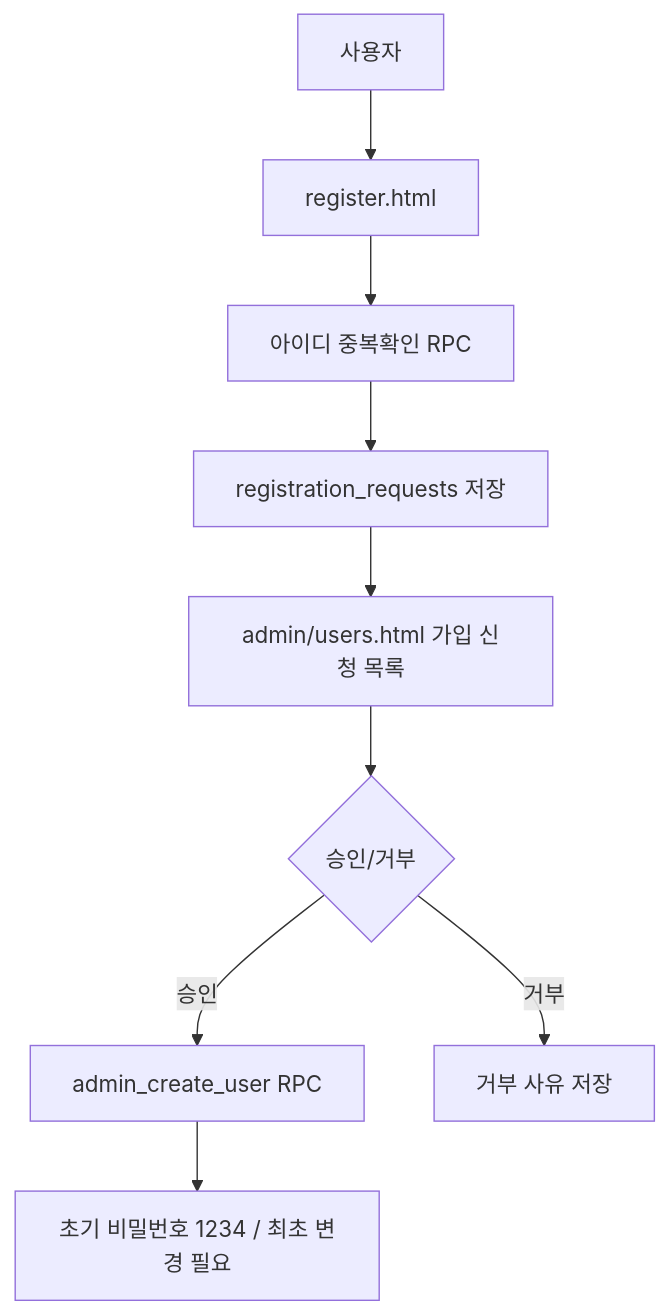
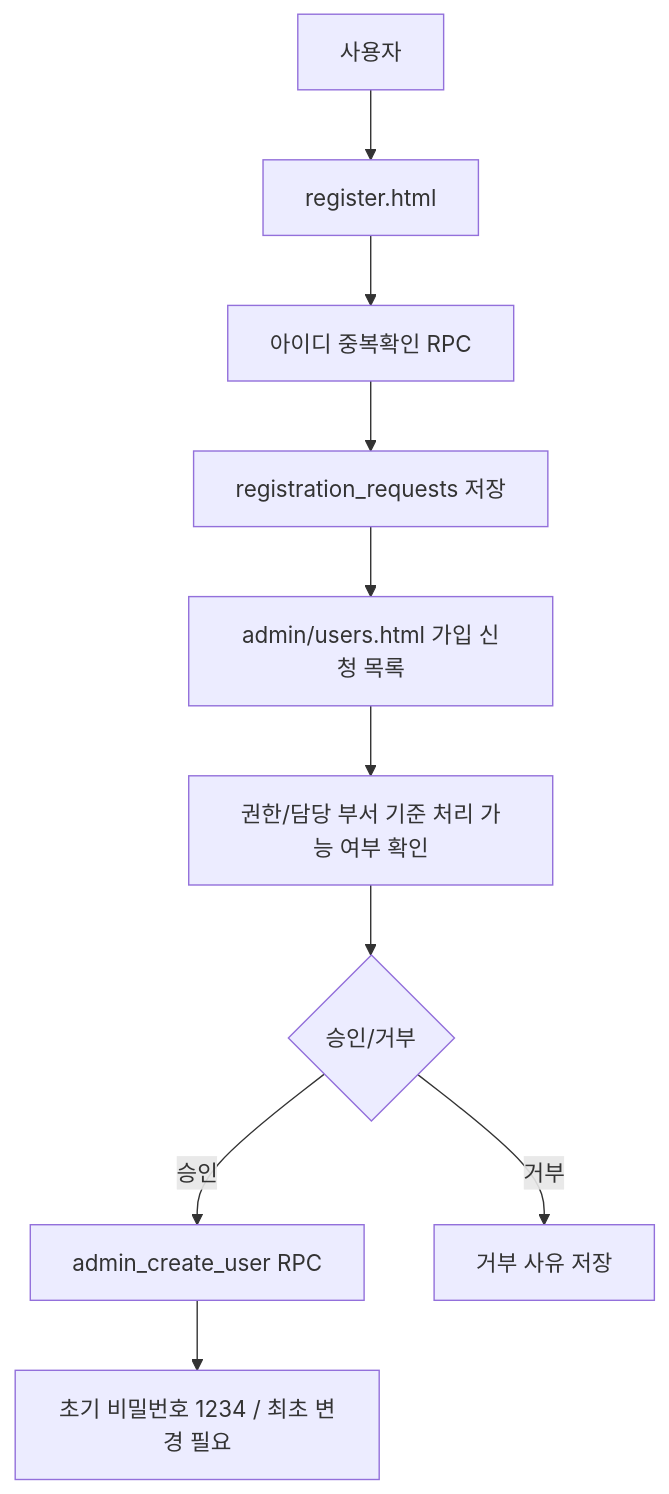
One commit to CHO-Talents/CHO-Talents changed the third of 6 diagrams in README.md. Above: the diagram before and after it, drawn with Mermaid. The commit also changed other lines of this file, not shown here.

````diff
--- a/README.md
+++ b/README.md
@@ -166,11 +176,12 @@
 ```mermaid
 flowchart TD
   User["사용자"] --> Register["register.html"]
   Register --> Check["아이디 중복확인 RPC"]
   Check --> Submit["registration_requests 저장"]
   Submit --> Review["admin/users.html 가입 신청 목록"]
-  Review --> Decision{"승인/거부"}
+  Review --> Scope["권한/담당 부서 기준 처리 가능 여부 확인"]
+  Scope --> Decision{"승인/거부"}
   Decision -->|승인| Create["admin_create_user RPC"]
   Decision -->|거부| Reject["거부 사유 저장"]
   Create --> FirstPw["초기 비밀번호 1234 / 최초 변경 필요"]
 ```
````
